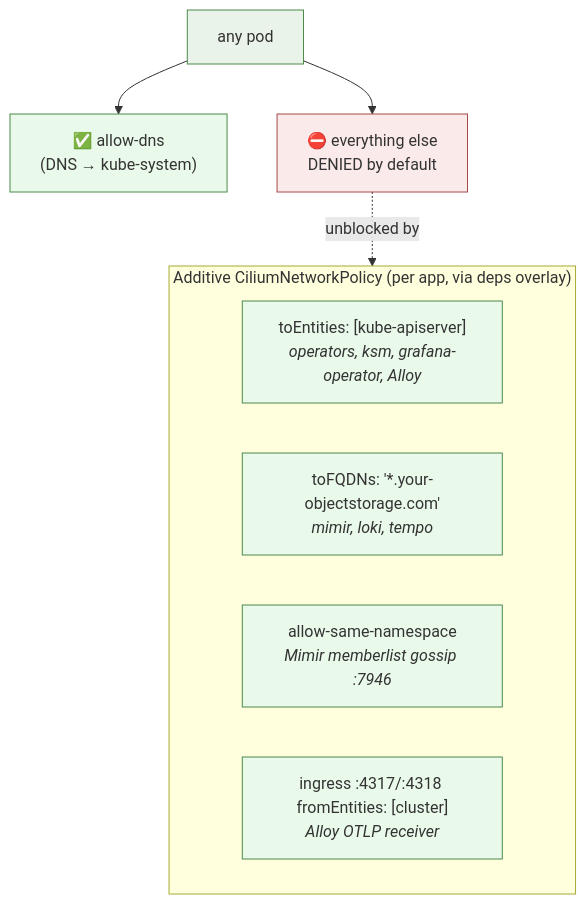
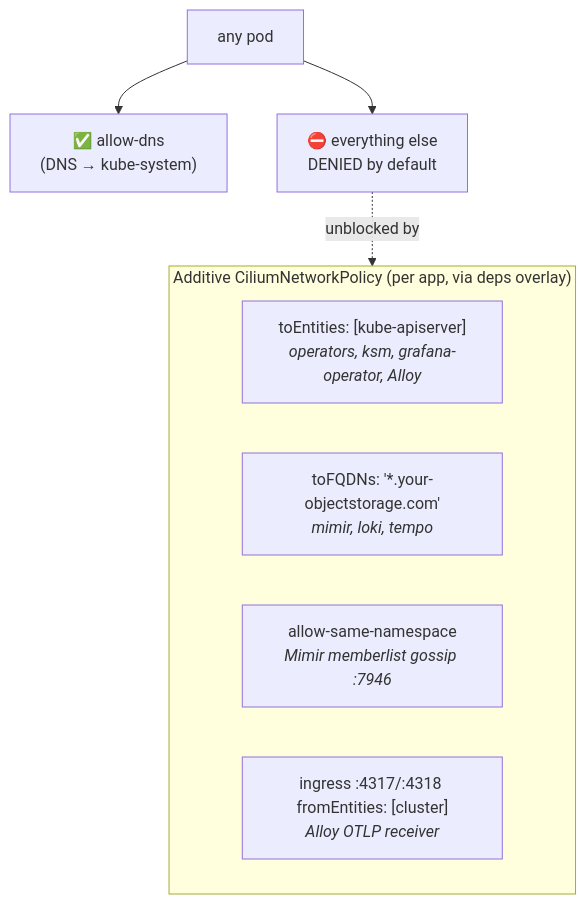
One commit to ADORSYS-GIS/ai-helm changed the second of 6 diagrams in docs/architecture/06-networking-tls.md. Above: the diagram before and after it, drawn with Mermaid. The commit also changed other lines of this file and 13 other files, not shown here.

First line of the commit message:
docs(architecture): uncolor all mermaid; refresh CD/components; add diagrams

````diff
--- a/docs/architecture/06-networking-tls.md
+++ b/docs/architecture/06-networking-tls.md
@@ -51,22 +49,19 @@
 ```mermaid
 flowchart TB
-    POD["any pod"]:::own
-    DNS["✅ allow-dns<br/>(DNS → kube-system)"]:::ok
-    DENY["⛔ everything else<br/>DENIED by default"]:::deny
+    POD["any pod"]
+    DNS["✅ allow-dns<br/>(DNS → kube-system)"]
+    DENY["⛔ everything else<br/>DENIED by default"]
 
     POD --> DNS
     POD --> DENY
 
     subgraph additive["Additive CiliumNetworkPolicy (per app, via deps overlay)"]
-        API["toEntities: [kube-apiserver]<br/><i>operators, ksm, grafana-operator, Alloy</i>"]:::ok
-        S3A["toFQDNs: '*.your-objectstorage.com'<br/><i>mimir, loki, tempo</i>"]:::ok
-        SAME["allow-same-namespace<br/><i>Mimir memberlist gossip :7946</i>"]:::ok
-        OTLP["ingress :4317/:4318 fromEntities: [cluster]<br/><i>Alloy OTLP receiver</i>"]:::ok
+        API["toEntities: [kube-apiserver]<br/><i>operators, ksm, grafana-operator, Alloy</i>"]
+        S3A["toFQDNs: '*.your-objectstorage.com'<br/><i>mimir, loki, tempo</i>"]
+        SAME["allow-same-namespace<br/><i>Mimir memberlist gossip :7946</i>"]
+        OTLP["ingress :4317/:4318 fromEntities: [cluster]<br/><i>Alloy OTLP receiver</i>"]
     end
 
     DENY -.->|"unblocked by"| additive
 
-    classDef own fill:#eaf3ea,stroke:#4a8a4a;
-    classDef ok fill:#eafaea,stroke:#4a8a4a;
-    classDef deny fill:#fbeaea,stroke:#a54a4a;
 ```
````
